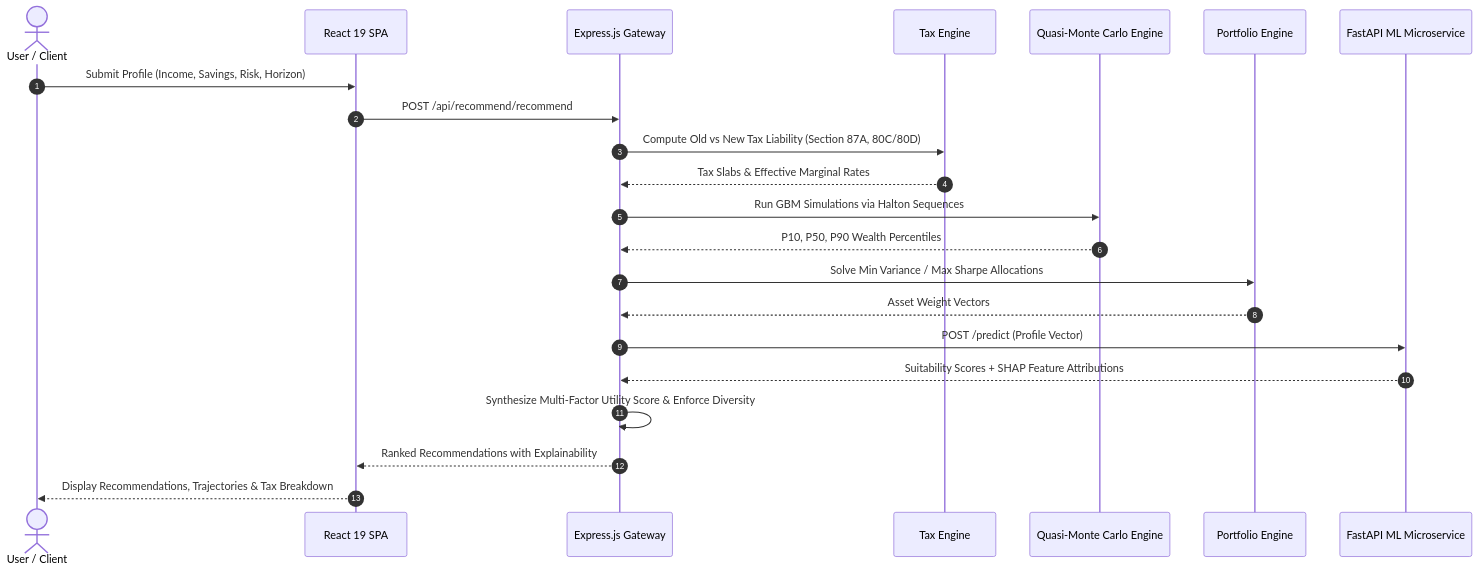
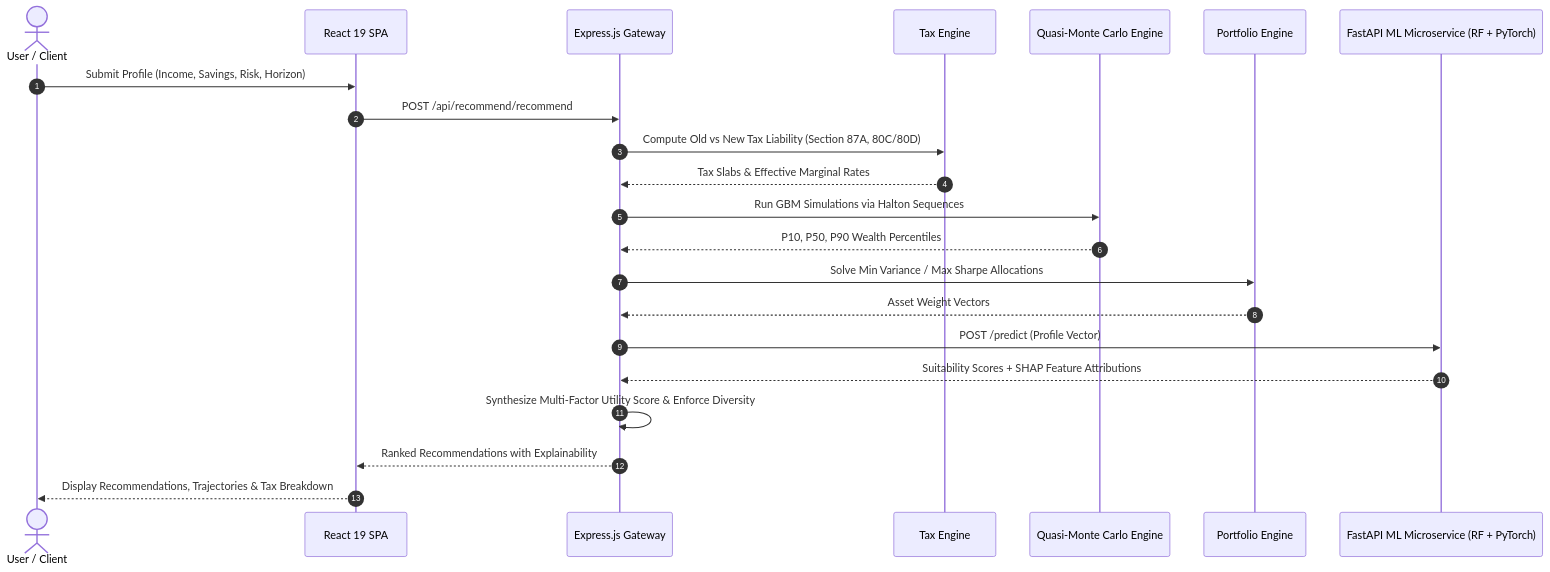
One commit to yashaskn8/WealthGenie-AI-Powered-Financial-Advisory-Platform changed the second of 2 diagrams in README.md. Above: the diagram before and after it, drawn with Mermaid. The commit also changed other lines of this file and 11 other files, not shown here.

Commit message:
feat(ml-service): implement production PyTorch Deep Learning pipeline with dual-model benchmarking and FastAPI endpoints

````diff
--- a/README.md
+++ b/README.md
@@ -48,25 +54,25 @@
 ```mermaid
 sequenceDiagram
     autonumber
     actor Investor as User / Client
     participant Frontend as React 19 SPA
     participant Gateway as Express.js Gateway
     participant Tax as Tax Engine
     participant QMC as Quasi-Monte Carlo Engine
     participant MPT as Portfolio Engine
-    participant ML as FastAPI ML Microservice
+    participant ML as FastAPI ML Microservice (RF + PyTorch)
 
     Investor->>Frontend: Submit Profile (Income, Savings, Risk, Horizon)
     Frontend->>Gateway: POST /api/recommend/recommend
     Gateway->>Tax: Compute Old vs New Tax Liability (Section 87A, 80C/80D)
     Tax-->>Gateway: Tax Slabs & Effective Marginal Rates
     Gateway->>QMC: Run GBM Simulations via Halton Sequences
     QMC-->>Gateway: P10, P50, P90 Wealth Percentiles
     Gateway->>MPT: Solve Min Variance / Max Sharpe Allocations
     MPT-->>Gateway: Asset Weight Vectors
     Gateway->>ML: POST /predict (Profile Vector)
     ML-->>Gateway: Suitability Scores + SHAP Feature Attributions
     Gateway->>Gateway: Synthesize Multi-Factor Utility Score & Enforce Diversity
     Gateway-->>Frontend: Ranked Recommendations with Explainability
     Frontend-->>Investor: Display Recommendations, Trajectories & Tax Breakdown
 ```
````
